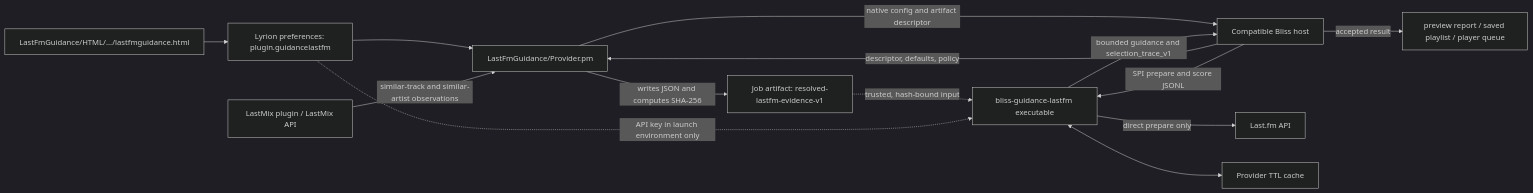
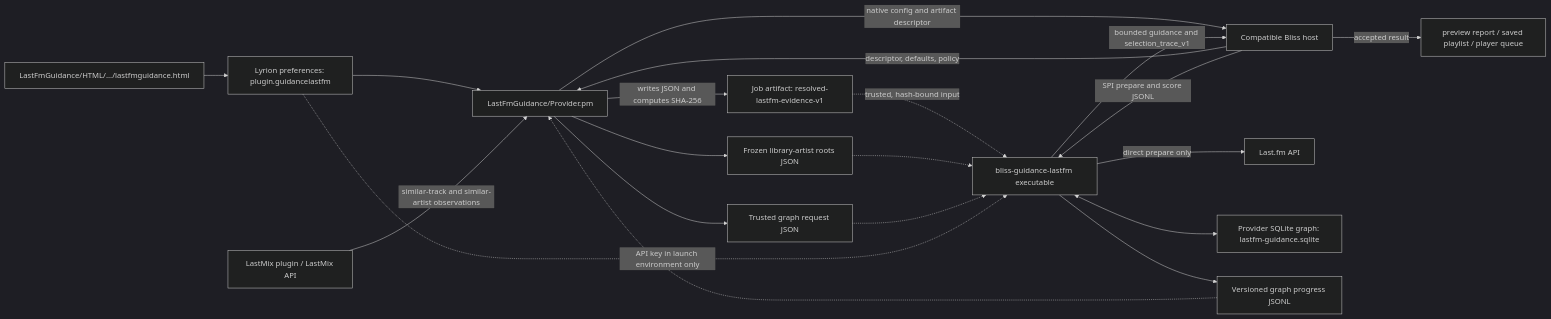
The first of 3 diagrams in README.md (chrober/lms-guidance-lastfm), drawn with Mermaid (dark theme) before and after one commit. The commit also changed other lines of this file and 1 other file, not shown here.

Commit message:
docs: describe Last.fm graph update workflow

````diff
--- a/README.md
+++ b/README.md
@@ -43,16 +44,22 @@
 ```mermaid
 flowchart LR
     Settings["LastFmGuidance/HTML/.../lastfmguidance.html"] --> Prefs["Lyrion preferences: plugin.guidancelastfm"]
     Prefs --> Perl["LastFmGuidance/Provider.pm"]
     Host["Compatible Bliss host"] -->|descriptor, defaults, policy| Perl
     LastMix["LastMix plugin / LastMix API"] -->|similar-track and similar-artist observations| Perl
     Perl -->|writes JSON and computes SHA-256| Artifact["Job artifact: resolved-lastfm-evidence-v1"]
     Perl -->|native config and artifact descriptor| Host
     Host -->|SPI prepare and score JSONL| Native["bliss-guidance-lastfm executable"]
     Artifact -.->|trusted, hash-bound input| Native
     Native -->|direct prepare only| LastFm["Last.fm API"]
-    Native <--> Cache["Provider TTL cache"]
+    Native <--> Graph["Provider SQLite graph: lastfm-guidance.sqlite"]
+    Perl --> Roots["Frozen library-artist roots JSON"]
+    Perl --> Request["Trusted graph request JSON"]
+    Roots -.-> Native
+    Request -.-> Native
+    Native --> Progress["Versioned graph progress JSONL"]
+    Progress -.-> Perl
     Native -->|bounded guidance and selection_trace_v1| Host
     Host -->|accepted result| Sinks["preview report / saved playlist / player queue"]
     Prefs -.->|API key in launch environment only| Native
 ```
````
